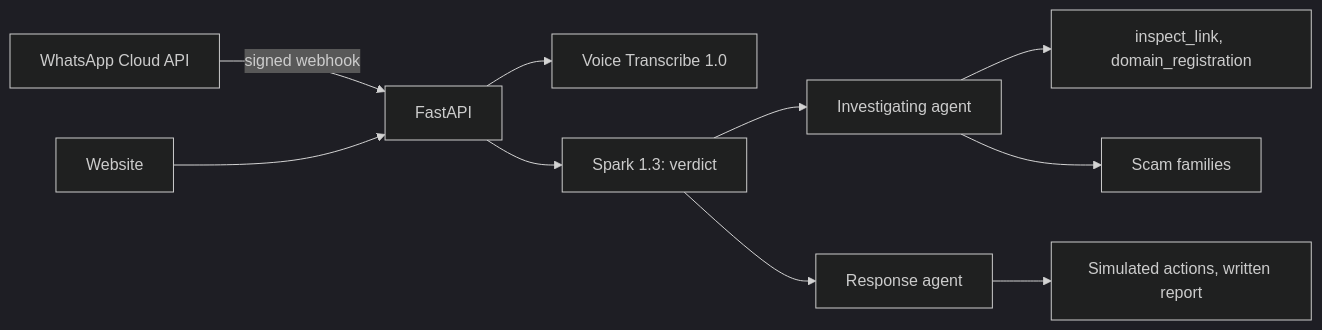
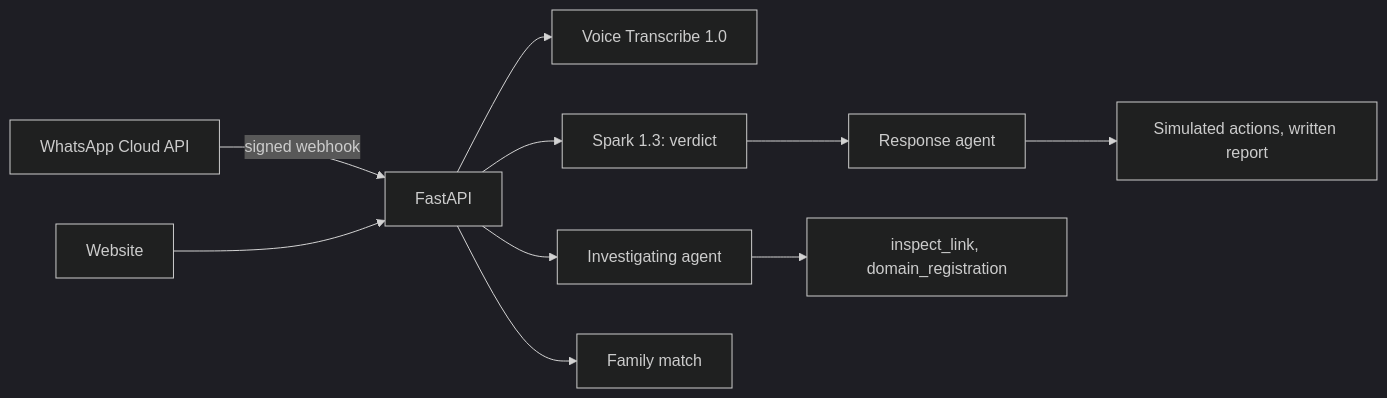
One commit to muze-ai-consulting/hackaton-meta changed the diagram in README.md. Above: the diagram before and after it, drawn with Mermaid (dark theme). The commit also changed other lines of this file and 16 other files, not shown here.

````diff
--- a/README.md
+++ b/README.md
@@ -83,12 +87,12 @@
 ```mermaid
 flowchart LR
     W[WhatsApp Cloud API] -->|signed webhook| A[FastAPI]
     B[Website] --> A
     A --> V[Voice Transcribe 1.0]
     A --> S[Spark 1.3: verdict]
-    S --> I[Investigating agent]
     S --> R[Response agent]
+    A --> I[Investigating agent]
+    A --> F[Family match]
     I --> T[inspect_link, domain_registration]
-    I --> F[Scam families]
     R --> X[Simulated actions, written report]
 ```
````
